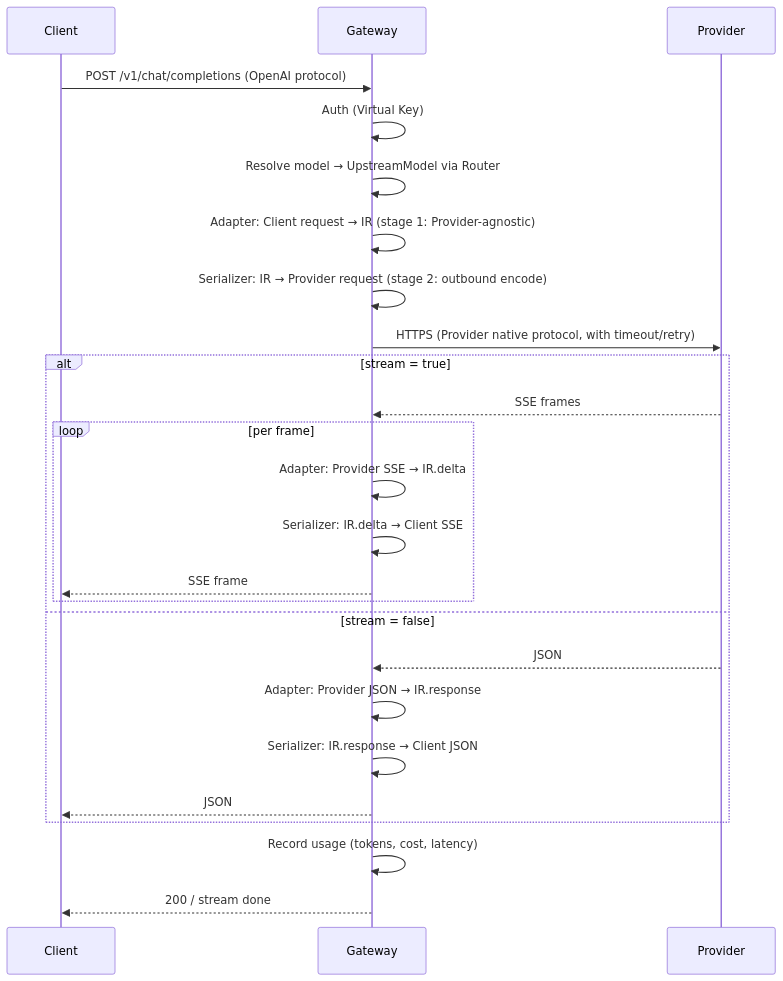
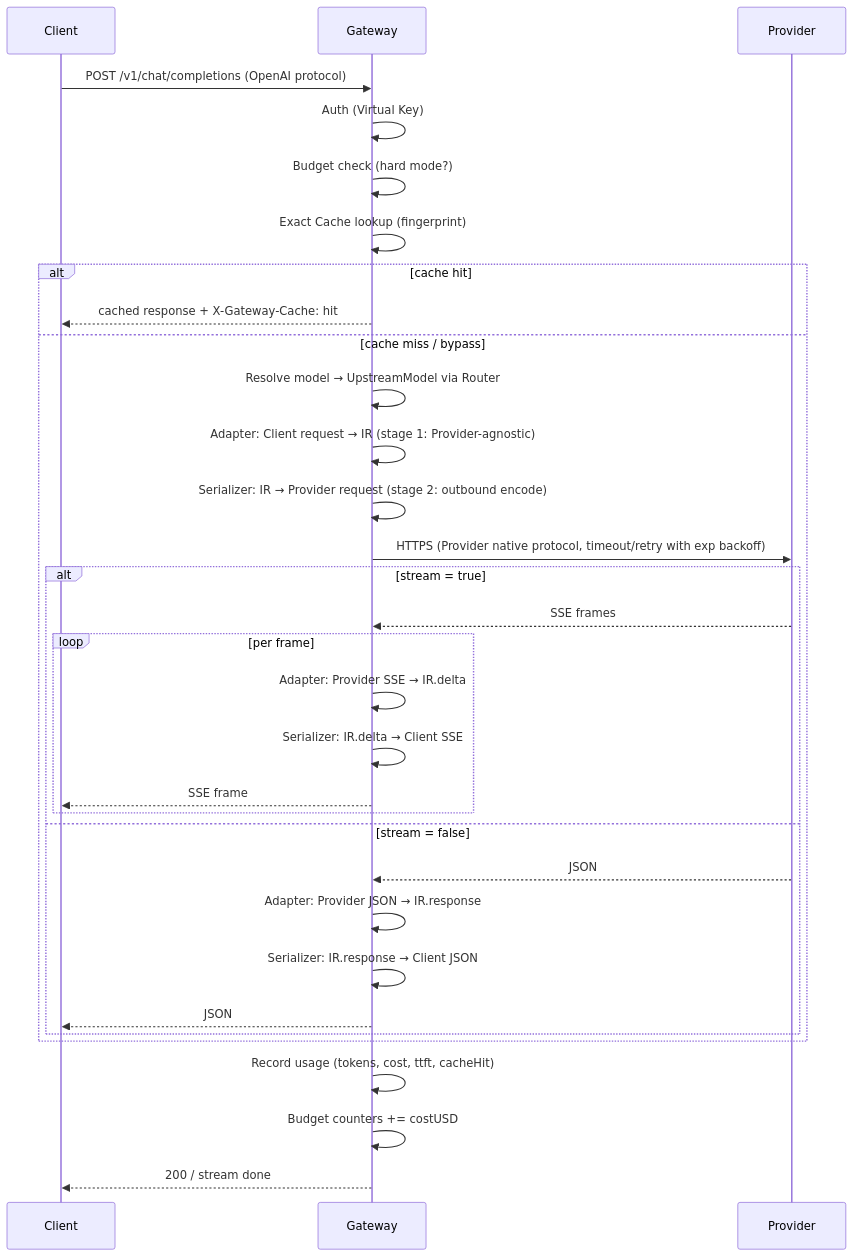
Before and after one commit to nillikechatchat/Agwdog: the second of 2 diagrams in .monkeycode/specs/ai-gateway/design.md, drawn with Mermaid. The commit also changed other lines of this file and 1 other file, not shown here.

````diff
--- a/.monkeycode/specs/ai-gateway/design.md
+++ b/.monkeycode/specs/ai-gateway/design.md
@@ -83,28 +83,35 @@
 ```mermaid
 sequenceDiagram
     participant C as Client
     participant G as Gateway
     participant P as Provider
 
     C->>G: POST /v1/chat/completions (OpenAI protocol)
     G->>G: Auth (Virtual Key)
-    G->>G: Resolve model → UpstreamModel via Router
-    G->>G: Adapter: Client request → IR (stage 1: Provider-agnostic)
-    G->>G: Serializer: IR → Provider request (stage 2: outbound encode)
-    G->>P: HTTPS (Provider native protocol, with timeout/retry)
-    alt stream = true
-        P-->>G: SSE frames
-        loop per frame
-            G->>G: Adapter: Provider SSE → IR.delta
-            G->>G: Serializer: IR.delta → Client SSE
-            G-->>C: SSE frame
+    G->>G: Budget check (hard mode?)
+    G->>G: Exact Cache lookup (fingerprint)
+    alt cache hit
+        G-->>C: cached response + X-Gateway-Cache: hit
+    else cache miss / bypass
+        G->>G: Resolve model → UpstreamModel via Router
+        G->>G: Adapter: Client request → IR (stage 1: Provider-agnostic)
+        G->>G: Serializer: IR → Provider request (stage 2: outbound encode)
+        G->>P: HTTPS (Provider native protocol, timeout/retry with exp backoff)
+        alt stream = true
+            P-->>G: SSE frames
+            loop per frame
+                G->>G: Adapter: Provider SSE → IR.delta
+                G->>G: Serializer: IR.delta → Client SSE
+                G-->>C: SSE frame
+            end
+        else stream = false
+            P-->>G: JSON
+            G->>G: Adapter: Provider JSON → IR.response
+            G->>G: Serializer: IR.response → Client JSON
+            G-->>C: JSON
         end
-    else stream = false
-        P-->>G: JSON
-        G->>G: Adapter: Provider JSON → IR.response
-        G->>G: Serializer: IR.response → Client JSON
-        G-->>C: JSON
     end
-    G->>G: Record usage (tokens, cost, latency)
+    G->>G: Record usage (tokens, cost, ttft, cacheHit)
+    G->>G: Budget counters += costUSD
     G-->>C: 200 / stream done
 ```
````
